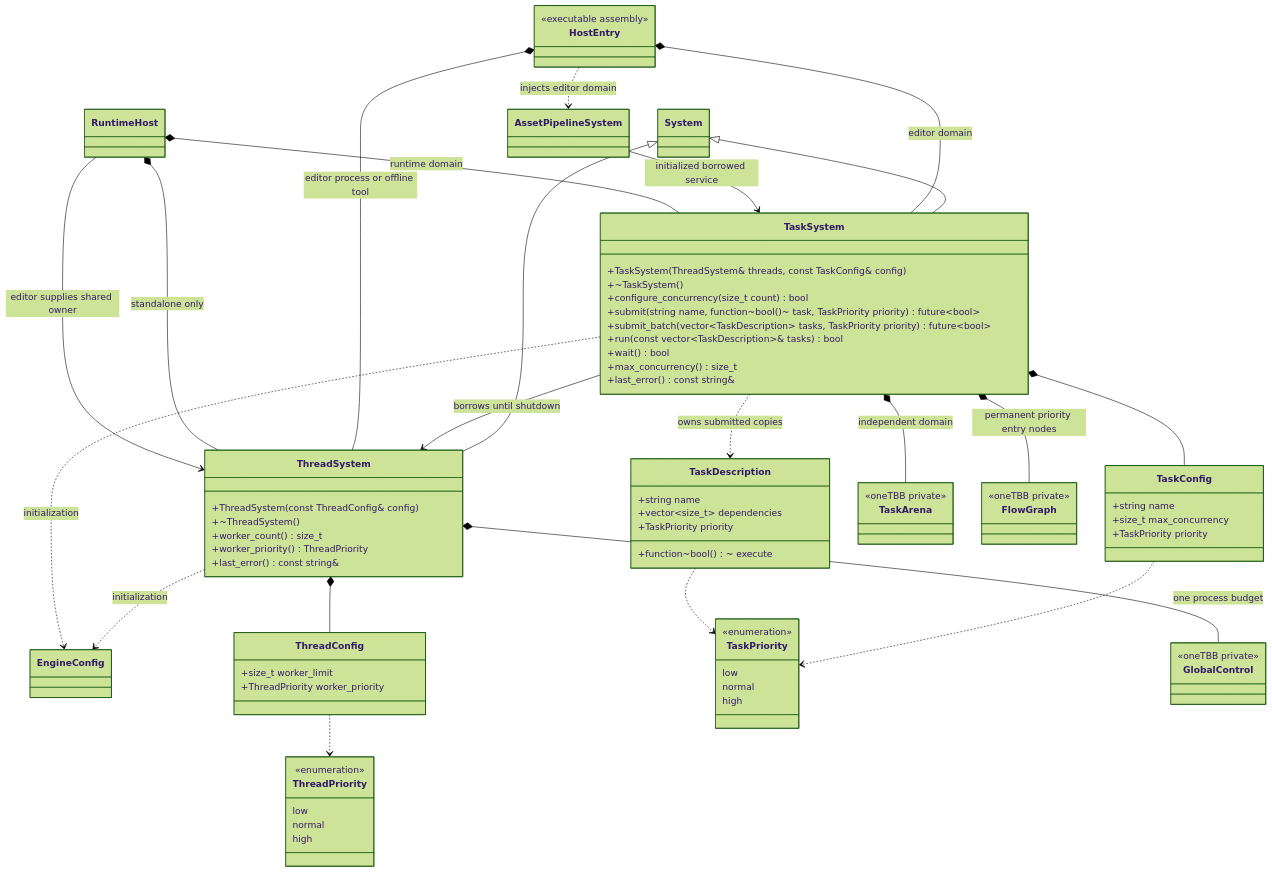
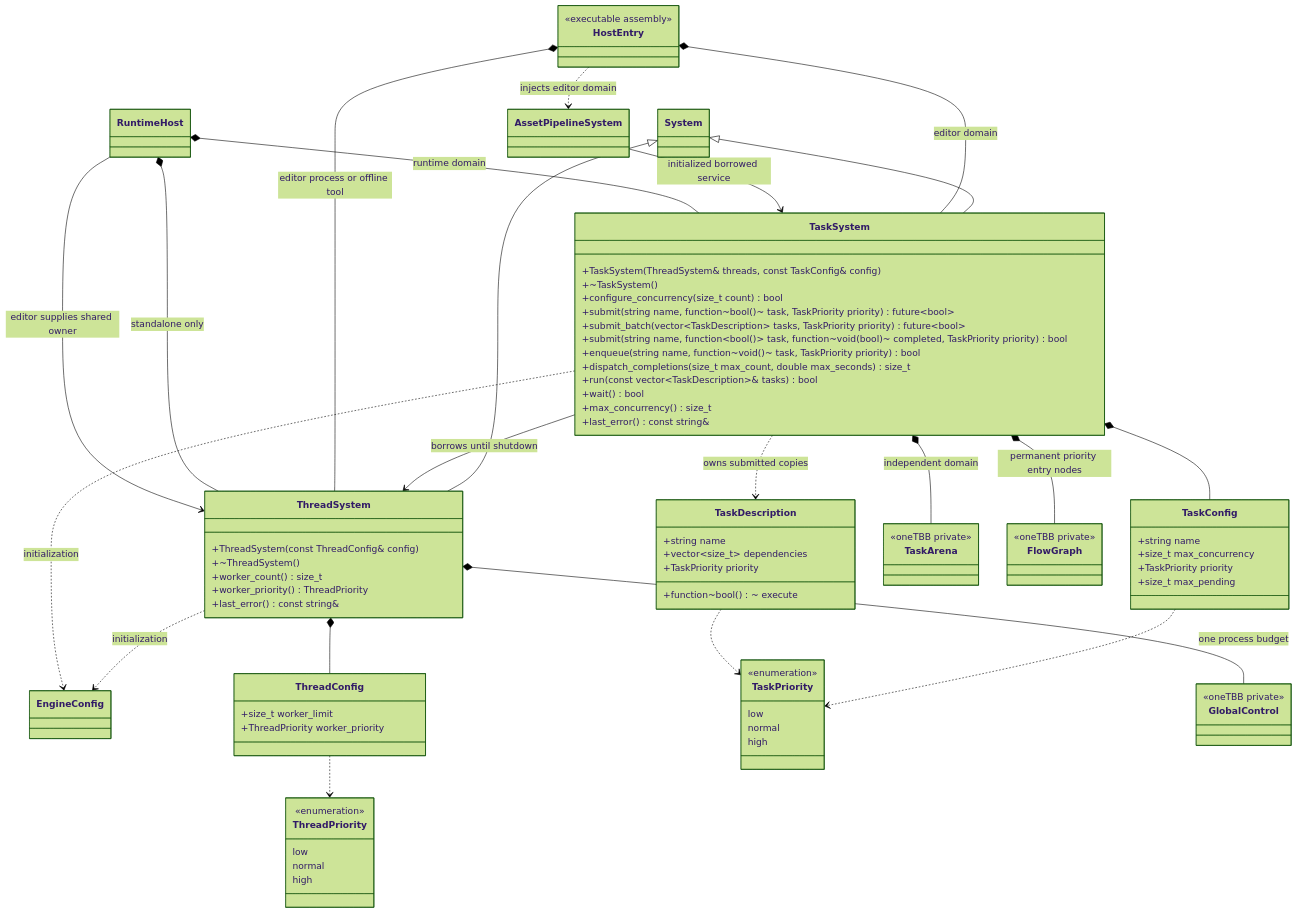
The diagram in docs/runtime/class-diagrams/task-system.md (lcals/Engine), drawn with Mermaid (forest theme) before and after one commit. The commit also changed other lines of this file and 135 other files, not shown here.

```diff
--- a/docs/runtime/class-diagrams/task-system.md
+++ b/docs/runtime/class-diagrams/task-system.md
@@ -29,6 +29,7 @@
         +string name
         +size_t max_concurrency
         +TaskPriority priority
+        +size_t max_pending
     }
     class TaskPriority {
         <<enumeration>>
@@ -48,6 +49,9 @@
         +configure_concurrency(size_t count) bool
         +submit(string name, function~bool()~ task, TaskPriority priority) future~bool~
         +submit_batch(vector~TaskDescription~ tasks, TaskPriority priority) future~bool~
+        +submit(string name, function~bool()~ task, function~void(bool)~ completed, TaskPriority priority) bool
+        +enqueue(string name, function~void()~ task, TaskPriority priority) bool
+        +dispatch_completions(size_t max_count, double max_seconds) size_t
         +run(const vector~TaskDescription~& tasks) bool
         +wait() bool
         +max_concurrency() size_t
```
